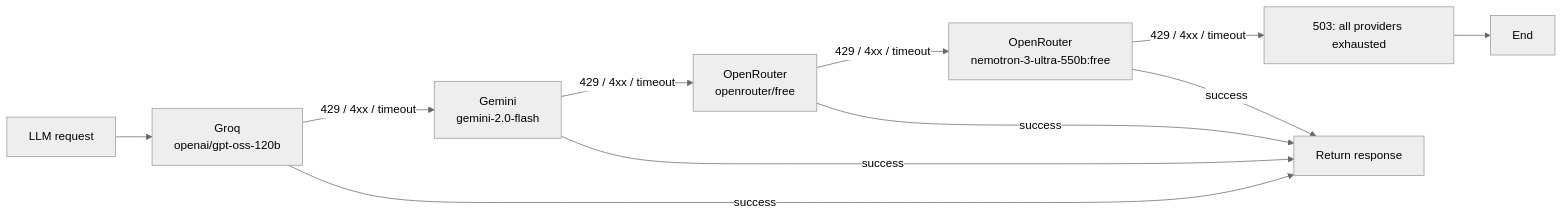
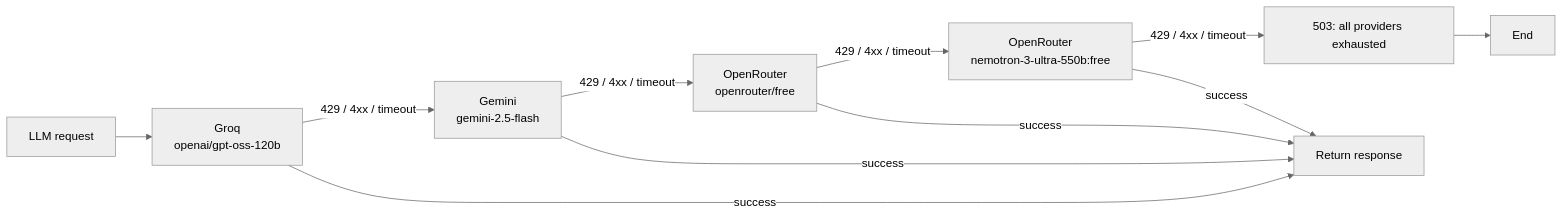
One commit to manav-2812/synapse changed the fourth of 8 diagrams in README.md. Above: the diagram before and after it, drawn with Mermaid (neutral theme). The commit also changed other lines of this file and 4 other files, not shown here.

Commit message:
fix(ai,ui,docs): update gemini model to 2.5-flash, fix groq title generation, remove edit button & update readme

````diff
--- a/README.md
+++ b/README.md
@@ -260,13 +260,13 @@
 ```mermaid
 flowchart LR
     Req["LLM request"] --> Groq["Groq<br/>openai/gpt-oss-120b"]
-    Groq -->|429 / 4xx / timeout| Gemini["Gemini<br/>gemini-2.0-flash"]
+    Groq -->|429 / 4xx / timeout| Gemini["Gemini<br/>gemini-2.5-flash"]
     Gemini -->|429 / 4xx / timeout| OpenRouter["OpenRouter<br/>openrouter/free"]
     OpenRouter -->|429 / 4xx / timeout| Nemotron["OpenRouter<br/>nemotron-3-ultra-550b:free"]
     Nemotron -->|429 / 4xx / timeout| Fail["503: all providers exhausted"]
     Groq -->|success| Ok["Return response"]
     Gemini -->|success| Ok
     OpenRouter -->|success| Ok
     Nemotron -->|success| Ok
     Fail --> EndNode["End"]
 ```
````
